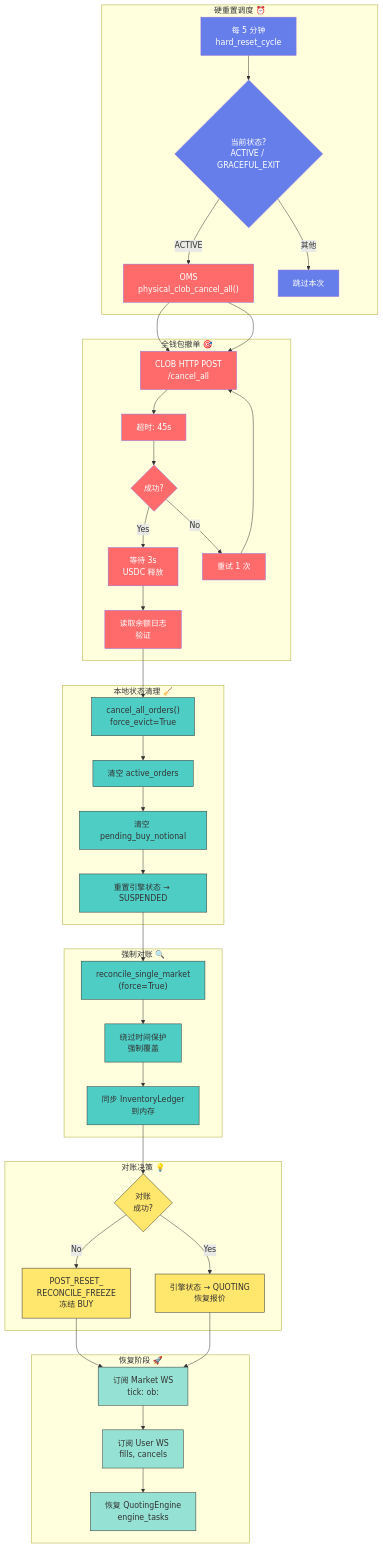
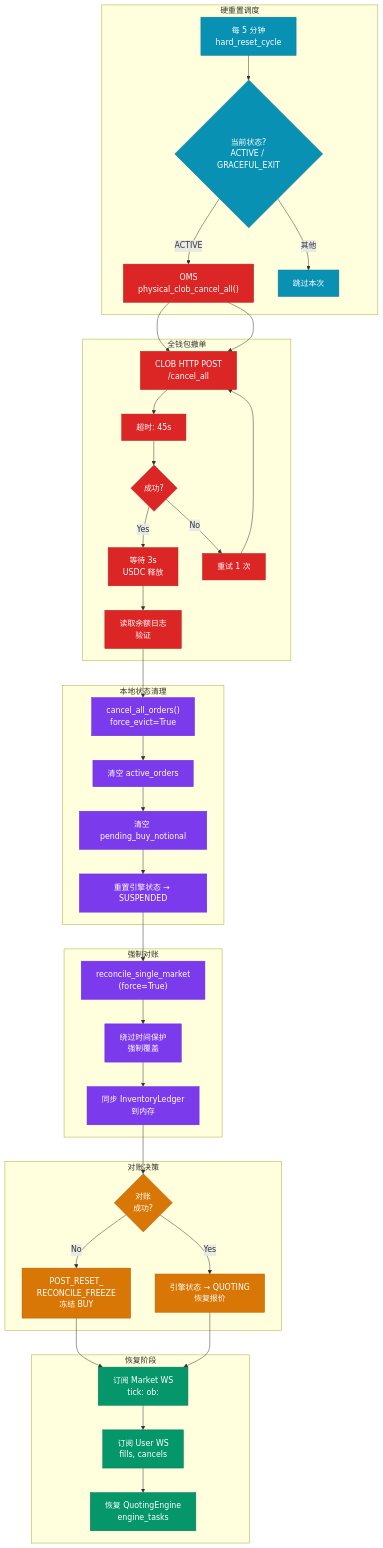
Before and after one commit to liu-kaining/PolyMatrixEngine: the first of 3 diagrams in spec/architecture_diagrams/10_hard_reset_flow.md, drawn with Mermaid. The commit also changed other lines of this file and 16 other files, not shown here.

Commit message:
architecture_diagrams

````diff
--- a/spec/architecture_diagrams/10_hard_reset_flow.md
+++ b/spec/architecture_diagrams/10_hard_reset_flow.md
@@ -3,73 +3,79 @@
 ```mermaid
+%%{init: {'theme': 'base', 'themeVariables': {
+  'primaryColor': '#1e3a5f',
+  'primaryTextColor': '#ffffff',
+  'primaryBorderColor': '#334155',
+  'lineColor': '#64748b'
+}}%%
 flowchart TB
-    subgraph Schedule["硬重置调度 ⏰"]
+    subgraph Schedule["硬重置调度"]
         A["每 5 分钟<br/>hard_reset_cycle"]
         B{"当前状态?<br/>ACTIVE / GRACEFUL_EXIT"}
         A --> B
         B -->|ACTIVE| C["继续重置流程"]
         B -->|其他| D["跳过本次"]
     end
 
-    subgraph CancelAll["全钱包撤单 🎯"]
+    subgraph CancelAll["全钱包撤单"]
         C["OMS<br/>physical_clob_cancel_all()"]
         E["CLOB HTTP POST<br/>/cancel_all"]
         F["超时: 45s"]
         G{"成功?"}
         H["等待 3s<br/>USDC 释放"]
         I["读取余额日志<br/>验证"]
         C --> E --> F --> G
         G -->|Yes| H --> I
         G -->|No| J["重试 1 次"]
         J --> E
     end
 
-    subgraph LocalCancel["本地状态清理 🧹"]
+    subgraph LocalCancel["本地状态清理"]
         K["cancel_all_orders()<br/>force_evict=True"]
         L["清空 active_orders"]
         M["清空 pending_buy_notional"]
         N["重置引擎状态 → SUSPENDED"]
     end
 
-    subgraph ForceReconcile["强制对账 🔍"]
+    subgraph ForceReconcile["强制对账"]
         O["reconcile_single_market<br/>(force=True)"]
         P["绕过时间保护<br/>强制覆盖"]
         Q["同步 InventoryLedger<br/>到内存"]
     end
 
-    subgraph Decision["对账决策 💡"]
+    subgraph Decision["对账决策"]
         R{"对账<br/>成功?"}
         S["POST_RESET_<br/>RECONCILE_FREEZE<br/>冻结 BUY"]
         T["引擎状态 → QUOTING<br/>恢复报价"]
     end
 
-    subgraph Recovery["恢复阶段 🚀"]
+    subgraph Recovery["恢复阶段"]
         U["订阅 Market WS<br/>tick: ob:"]
         V["订阅 User WS<br/>fills, cancels"]
         W["恢复 QuotingEngine<br/>engine_tasks"]
     end
 
     %% 连接
     C --> E
     I --> K
     K --> L --> M --> N
     N --> O
     O --> P --> Q
     Q --> R
     R -->|Yes| T
     R -->|No| S
     S --> U
     T --> U
     U --> V --> W
 
-    classDef schedule fill:#667eea,color:#fff
-    classDef cancel fill:#ff6b6b,color:#fff
-    classDef reconcile fill:#4ecdc4,stroke:#333
-    classDef decision fill:#ffe66d,stroke:#333
-    classDef recovery fill:#95e1d3,stroke:#333
+    classDef schedule fill:#0891b2,stroke:#0e7490,color:#fff
+    classDef cancel fill:#dc2626,stroke:#b91c1c,color:#fff
+    classDef reconcile fill:#7c3aed,stroke:#6d28d9,color:#fff
+    classDef decision fill:#d97706,stroke:#b45309,color:#fff
+    classDef recovery fill:#059669,stroke:#047857,color:#fff
 
     class A,B,D schedule
     class C,E,F,G,H,I,J cancel
     class K,L,M,N,O,P,Q reconcile
     class R,S,T decision
     class U,V,W recovery
 ```
````
